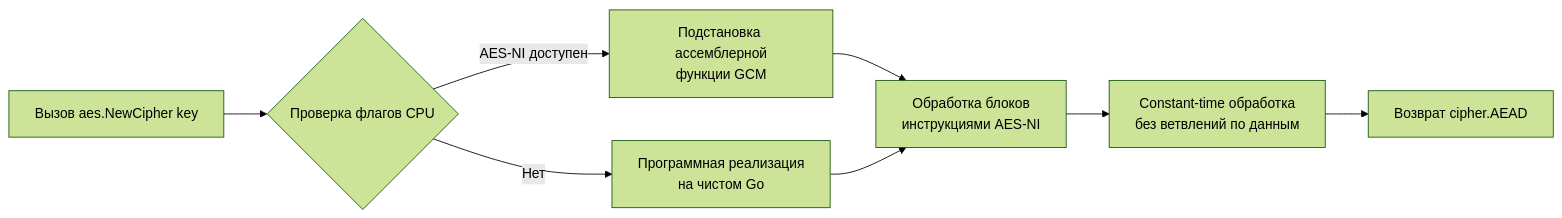
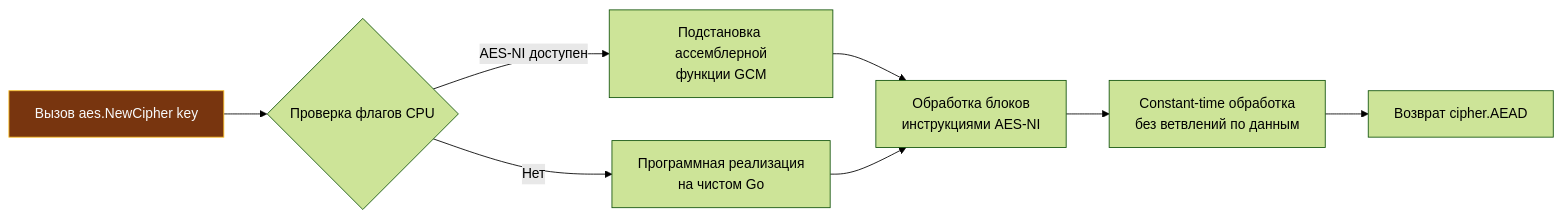
Before and after one commit to UnrealTemplier/go-textbook: the diagram in sources/6. Стандартная библиотека Go/38. crypto. Хеши, HMAC, AES, RSA, TLS.md, drawn with Mermaid (forest theme). The commit also changed 1666 other files, not shown here.

First line of the commit message:
feat(mermaid): add semantic color classDef to 1369 colorless flowchart/graph diagrams

````diff
--- a/sources/6. Стандартная библиотека Go/38. crypto. Хеши, HMAC, AES, RSA, TLS.md
+++ b/sources/6. Стандартная библиотека Go/38. crypto. Хеши, HMAC, AES, RSA, TLS.md
@@ -22,10 +22,20 @@
 ```mermaid
 flowchart LR
-    A["Вызов aes.NewCipher key"] --> B{"Проверка флагов CPU"}
+    classDef process  fill:#1e293b,stroke:#38bdf8,stroke-width:1px,color:#f8fafc
+    classDef success  fill:#064e3b,stroke:#34d399,stroke-width:1px,color:#f8fafc
+    classDef error    fill:#7f1d1d,stroke:#f87171,stroke-width:1px,color:#f8fafc
+    classDef warning  fill:#78350f,stroke:#fbbf24,stroke-width:1px,color:#f8fafc
+    classDef entry    fill:#1e3a5f,stroke:#38bdf8,stroke-width:2px,color:#f8fafc
+    classDef aux      fill:#334155,stroke:#64748b,stroke-width:1px,color:#f8fafc
+    classDef system   fill:#312e81,stroke:#a78bfa,stroke-width:1px,color:#f8fafc
+    classDef data     fill:#132d29,stroke:#2dd4bf,stroke-width:1px,color:#f8fafc
+    classDef network  fill:#881337,stroke:#fb7185,stroke-width:1px,color:#f8fafc
+    classDef accent   fill:#1e1b4b,stroke:#818cf8,stroke-width:1px,color:#f8fafc
+    A["Вызов aes.NewCipher key"]:::warning --> B{"Проверка флагов CPU"}
     B -->|AES-NI доступен| C["Подстановка ассемблерной<br>функции GCM"]
     B -->|Нет| D["Программная реализация<br>на чистом Go"]
     C --> E["Обработка блоков<br>инструкциями AES-NI"]
     D --> E
     E --> F["Constant-time обработка<br>без ветвлений по данным"]
     F --> G["Возврат cipher.AEAD"]
 ```
````
